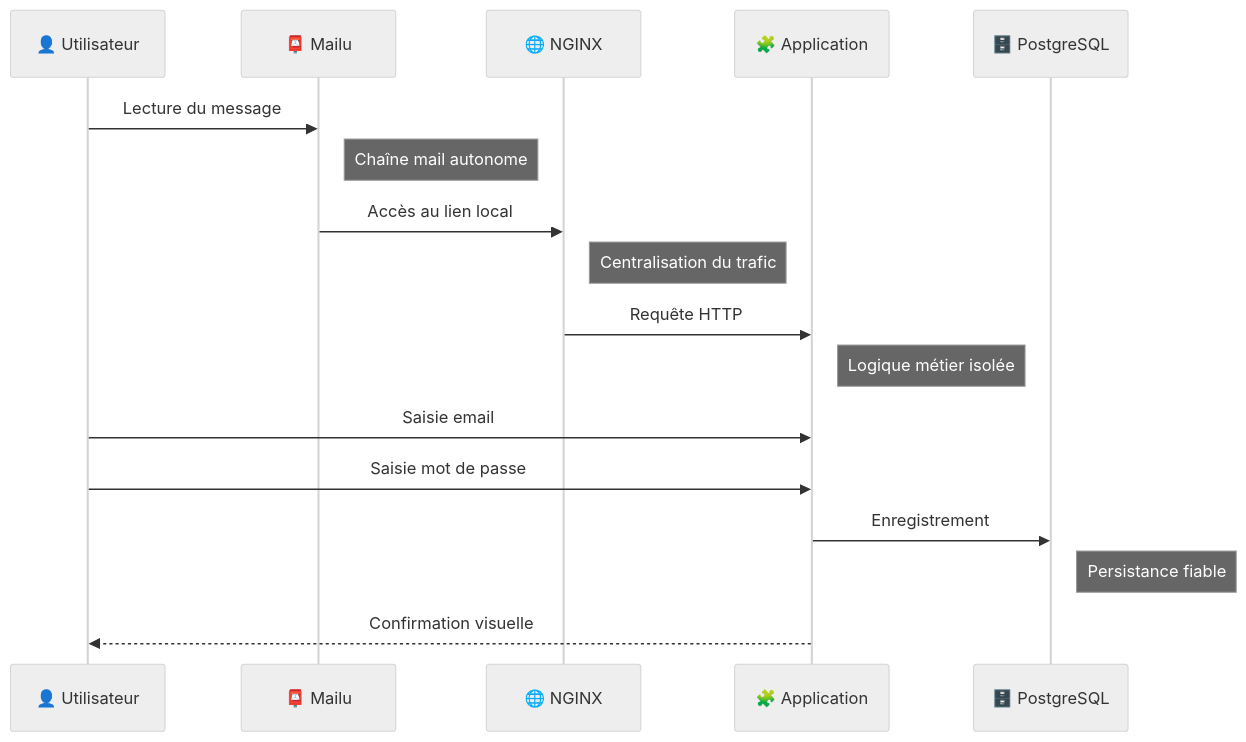
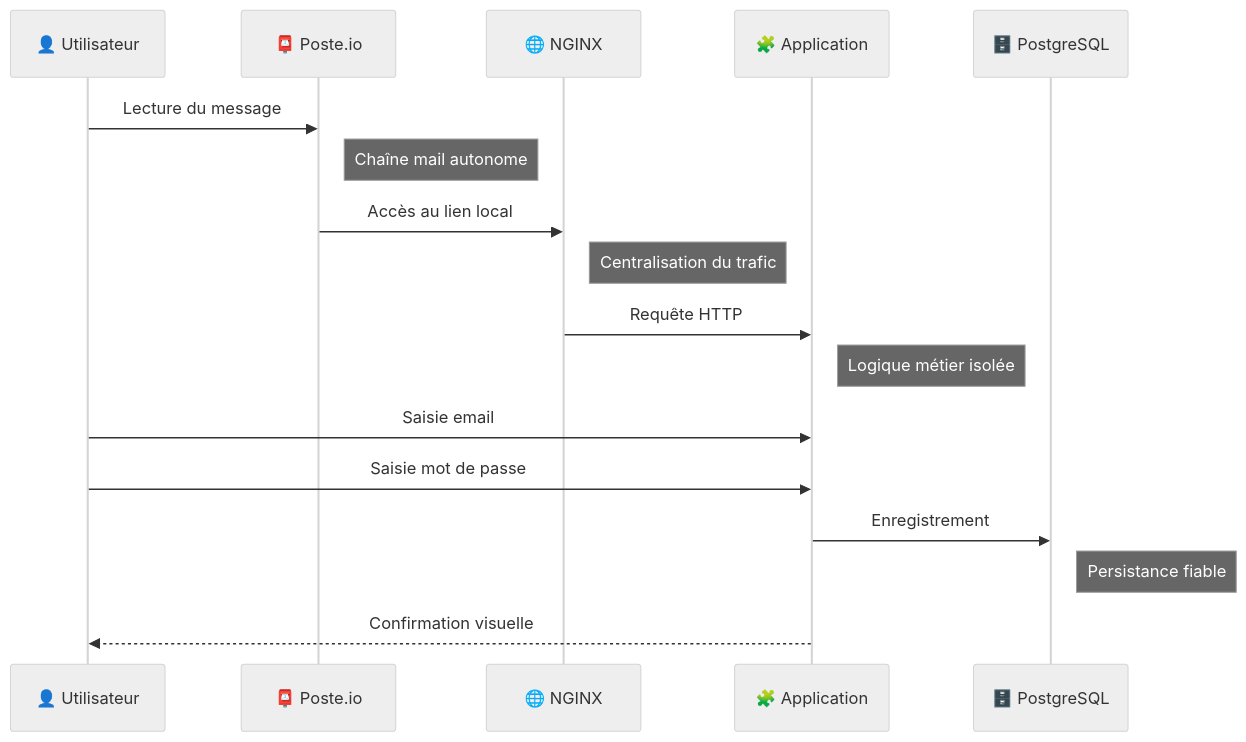
Before and after one commit to Alidrix/L_ATELIER: the second of 2 diagrams in README.md, drawn with Mermaid (neutral theme). The commit also changed other lines of this file and 5 other files, not shown here.

````diff
--- a/README.md
+++ b/README.md
@@ -51,20 +51,20 @@
 ```mermaid
 sequenceDiagram
   participant U as 👤 Utilisateur
-  participant M as 📮 Mailu
+  participant M as 📮 Poste.io
   participant N as 🌐 NGINX
   participant A as 🧩 Application
   participant D as 🗄️ PostgreSQL
 
   U->>M: Lecture du message
   Note right of M: Chaîne mail autonome
   M->>N: Accès au lien local
   Note right of N: Centralisation du trafic
   N->>A: Requête HTTP
   Note right of A: Logique métier isolée
   U->>A: Saisie email
   U->>A: Saisie mot de passe
   A->>D: Enregistrement
   Note right of D: Persistance fiable
   A-->>U: Confirmation visuelle
 ```
````
